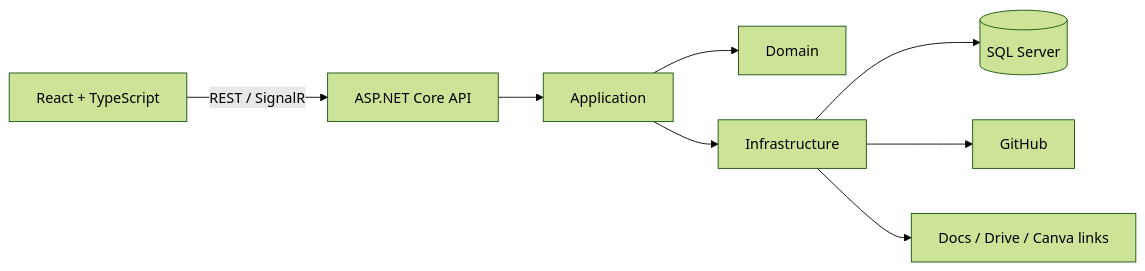
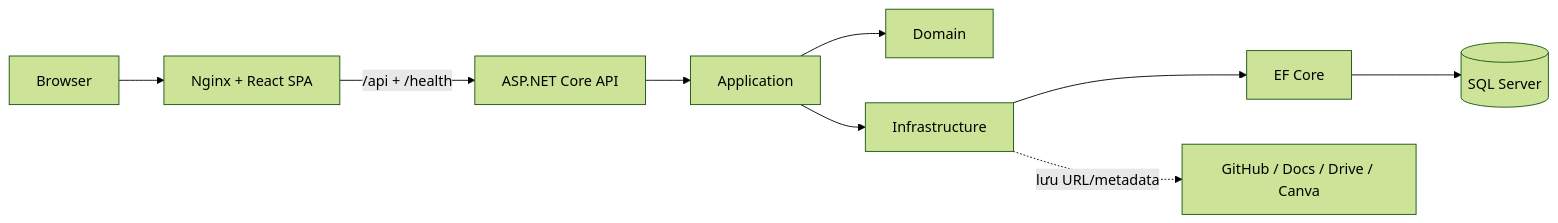
The first of 2 diagrams in README.md (Btrung-uit/TeamPulse), drawn with Mermaid (forest theme) before and after one commit. The commit also changed other lines of this file and 12 other files, not shown here.

````diff
--- a/README.md
+++ b/README.md
@@ -78,10 +86,11 @@
 ```mermaid
 flowchart LR
-    Web[React + TypeScript] -->|REST / SignalR| API[ASP.NET Core API]
+    Browser[Browser] --> Nginx[Nginx + React SPA]
+    Nginx -->|/api + /health| API[ASP.NET Core API]
     API --> App[Application]
     App --> Domain[Domain]
     App --> Infra[Infrastructure]
-    Infra --> DB[(SQL Server)]
-    Infra --> GitHub[GitHub]
-    Infra --> External[Docs / Drive / Canva links]
+    Infra --> EF[EF Core]
+    EF --> DB[(SQL Server)]
+    Infra -. lưu URL/metadata .-> External[GitHub / Docs / Drive / Canva]
 ```
````
